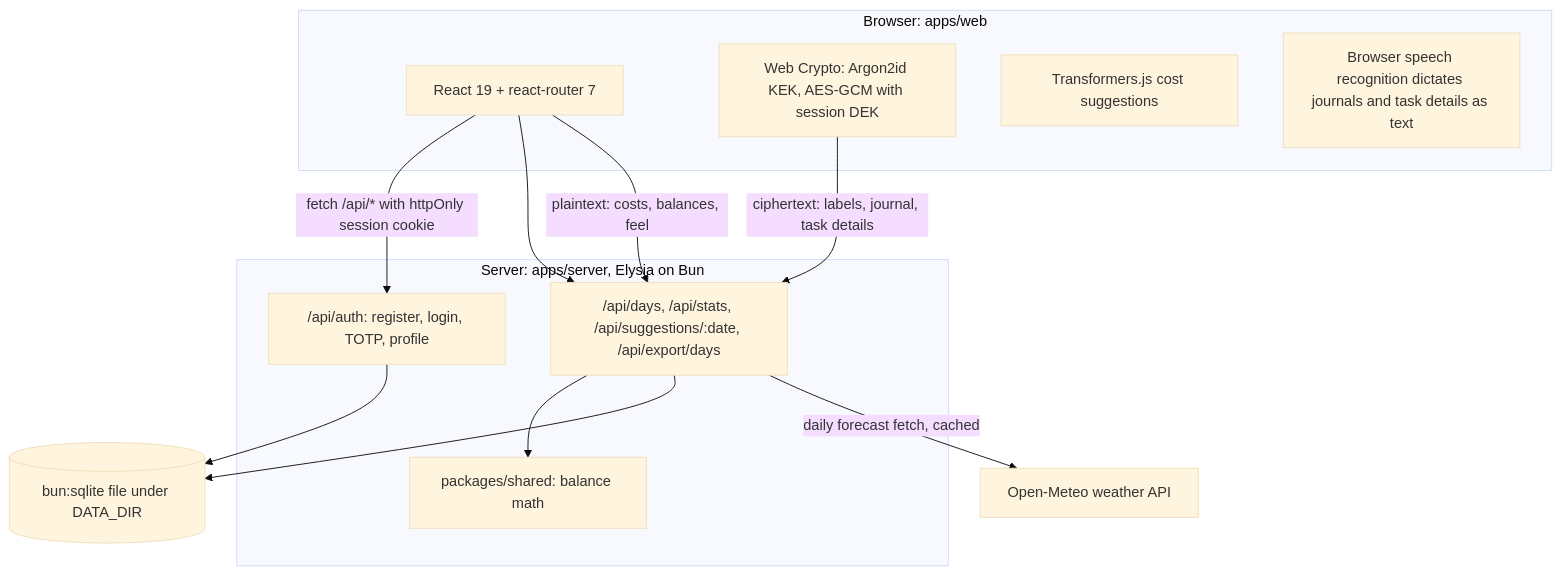
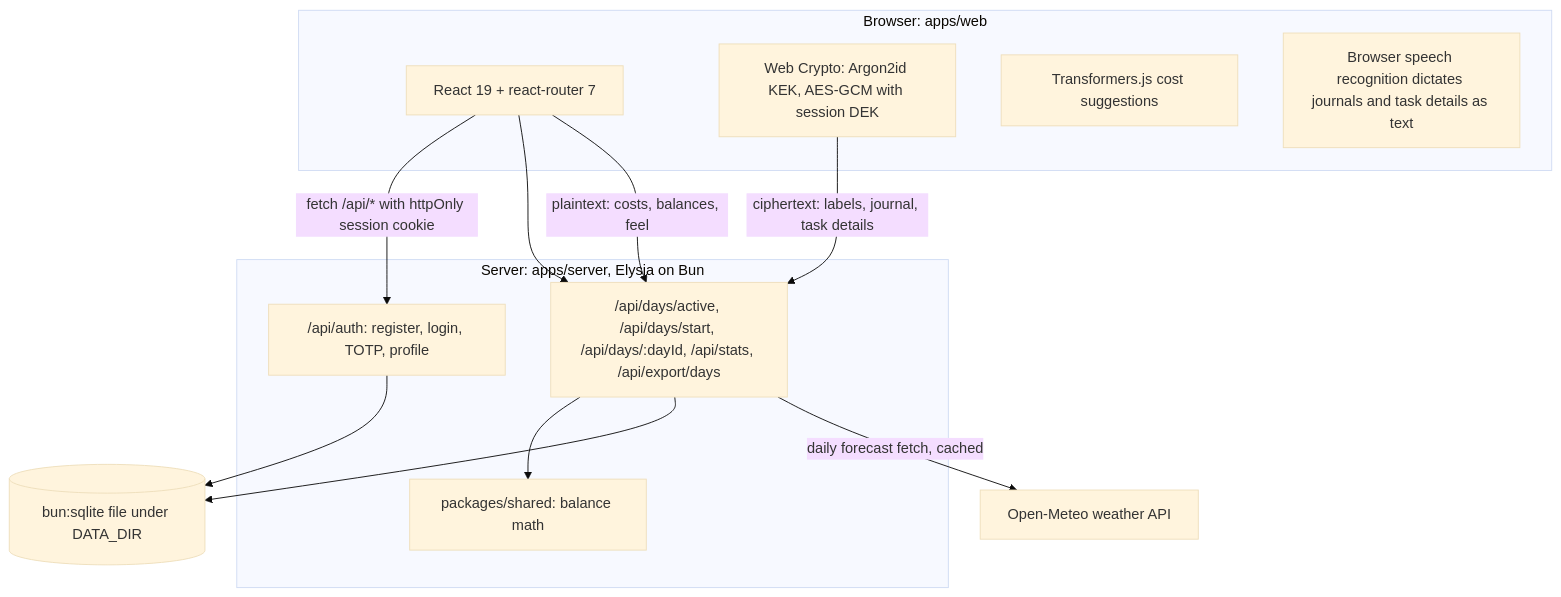
One commit to 97115104/energyaccounting changed the first of 2 diagrams in ARCHITECTURE.md. Above: the diagram before and after it, drawn with Mermaid (base theme). The commit also changed other lines of this file and 18 other files, not shown here.

````diff
--- a/ARCHITECTURE.md
+++ b/ARCHITECTURE.md
@@ -7,24 +7,24 @@
 ```mermaid
 flowchart TB
   subgraph browser [Browser: apps/web]
     ui["React 19 + react-router 7"]
     webcrypto["Web Crypto: Argon2id KEK, AES-GCM with session DEK"]
     embed["Transformers.js cost suggestions"]
     speech["Browser speech recognition dictates journals and task details as text"]
   end
   subgraph server [Server: apps/server, Elysia on Bun]
     authr["/api/auth: register, login, TOTP, profile"]
-    daysr["/api/days, /api/stats, /api/suggestions/:date, /api/export/days"]
+    daysr["/api/days/active, /api/days/start, /api/days/:dayId, /api/stats, /api/export/days"]
     shared["packages/shared: balance math"]
   end
   db[("bun:sqlite file under DATA_DIR")]
   meteo["Open-Meteo weather API"]
   ui -->|"fetch /api/* with httpOnly session cookie"| authr
   ui --> daysr
   webcrypto -->|"ciphertext: labels, journal, task details"| daysr
   ui -->|"plaintext: costs, balances, feel"| daysr
   daysr --> shared
   authr --> db
   daysr --> db
   daysr -->|"daily forecast fetch, cached"| meteo
 ```
````
